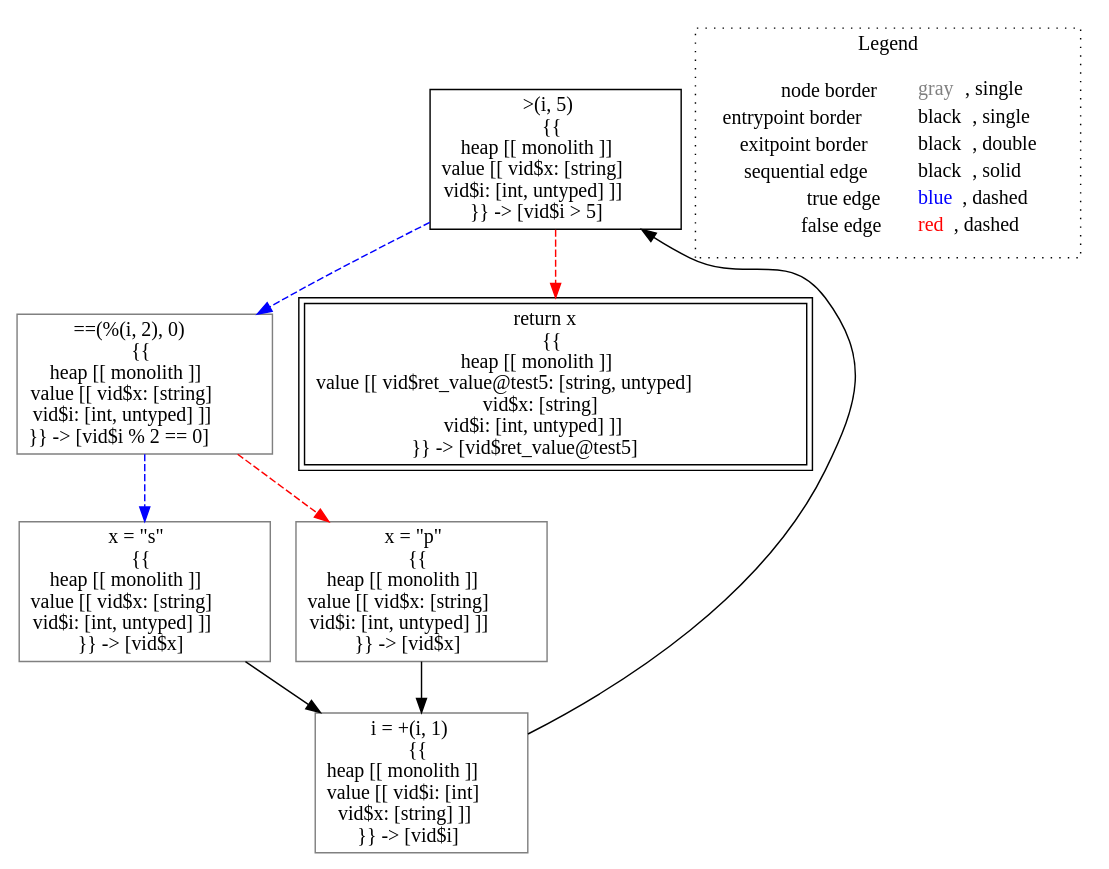
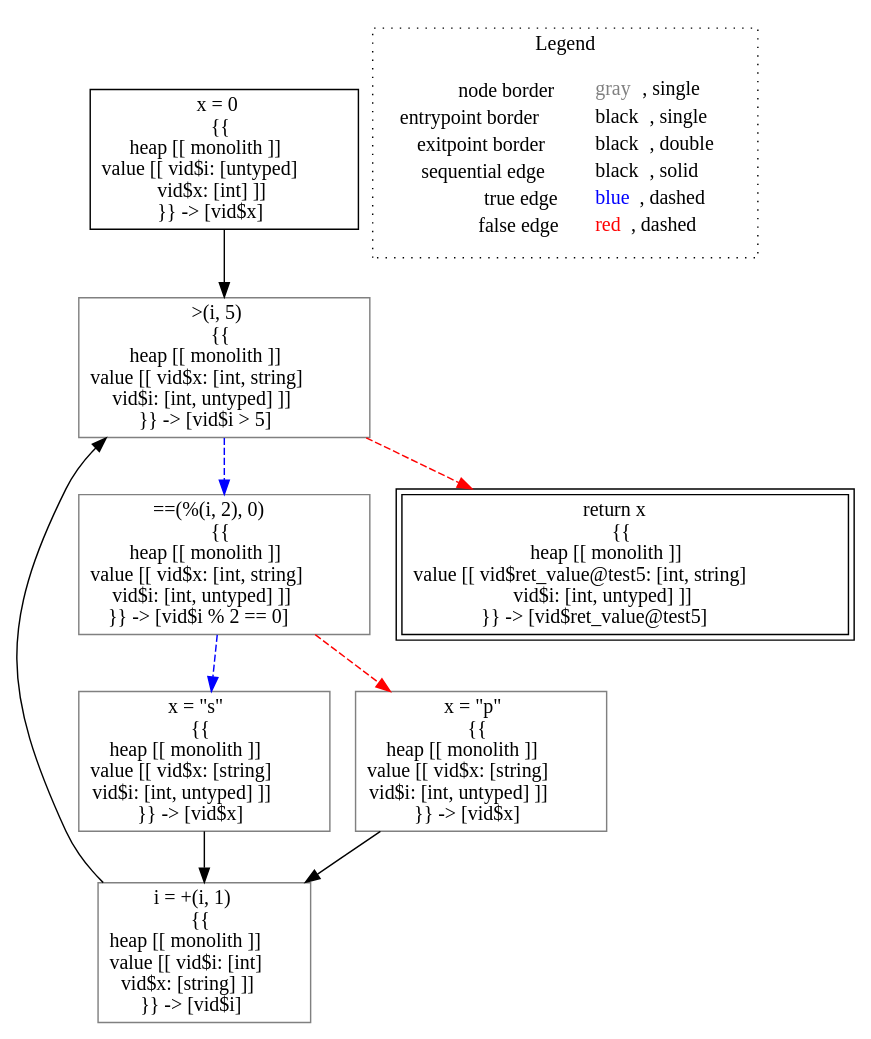
Before and after one commit to lisa-analyzer/lisa: the diagram in lisa/imp-testcases/type-inference/typing___untyped_typing.test5(untyped_i).dot, drawn with Graphviz. The commit also changed 57 other files, not shown here.

```diff
--- a/lisa/imp-testcases/type-inference/typing___untyped_typing.test5(untyped_i).dot
+++ b/lisa/imp-testcases/type-inference/typing___untyped_typing.test5(untyped_i).dot
@@ -1,22 +1,24 @@
 digraph {
-	"node0" [shape="rect",color="black",label=<&gt;(i, 5)<BR/>{{<BR/>heap [[ monolith ]]<BR/>value [[ vid$x: [string]<BR/>vid$i: [int, untyped] ]]<BR/>}} -&gt; [vid$i &gt; 5]>];
-	"node1" [shape="rect",color="gray",label=<==(%(i, 2), 0)<BR/>{{<BR/>heap [[ monolith ]]<BR/>value [[ vid$x: [string]<BR/>vid$i: [int, untyped] ]]<BR/>}} -&gt; [vid$i % 2 == 0]>];
+	"node0" [shape="rect",color="black",label=<x = 0<BR/>{{<BR/>heap [[ monolith ]]<BR/>value [[ vid$i: [untyped]<BR/>vid$x: [int] ]]<BR/>}} -&gt; [vid$x]>];
+	"node1" [shape="rect",color="gray",label=<==(%(i, 2), 0)<BR/>{{<BR/>heap [[ monolith ]]<BR/>value [[ vid$x: [int, string]<BR/>vid$i: [int, untyped] ]]<BR/>}} -&gt; [vid$i % 2 == 0]>];
 	"node2" [shape="rect",color="gray",label=<x = &quot;s&quot;<BR/>{{<BR/>heap [[ monolith ]]<BR/>value [[ vid$x: [string]<BR/>vid$i: [int, untyped] ]]<BR/>}} -&gt; [vid$x]>];
 	"node3" [shape="rect",color="gray",label=<x = &quot;p&quot;<BR/>{{<BR/>heap [[ monolith ]]<BR/>value [[ vid$x: [string]<BR/>vid$i: [int, untyped] ]]<BR/>}} -&gt; [vid$x]>];
-	"node4" [shape="rect",color="black",peripheries="2",label=<return x<BR/>{{<BR/>heap [[ monolith ]]<BR/>value [[ vid$ret_value@test5: [string, untyped]<BR/>vid$x: [string]<BR/>vid$i: [int, untyped] ]]<BR/>}} -&gt; [vid$ret_value@test5]>];
-	"node5" [shape="rect",color="gray",label=<i = +(i, 1)<BR/>{{<BR/>heap [[ monolith ]]<BR/>value [[ vid$i: [int]<BR/>vid$x: [string] ]]<BR/>}} -&gt; [vid$i]>];
+	"node4" [shape="rect",color="gray",label=<i = +(i, 1)<BR/>{{<BR/>heap [[ monolith ]]<BR/>value [[ vid$i: [int]<BR/>vid$x: [string] ]]<BR/>}} -&gt; [vid$i]>];
+	"node5" [shape="rect",color="black",peripheries="2",label=<return x<BR/>{{<BR/>heap [[ monolith ]]<BR/>value [[ vid$ret_value@test5: [int, string]<BR/>vid$i: [int, untyped] ]]<BR/>}} -&gt; [vid$ret_value@test5]>];
+	"node6" [shape="rect",color="gray",label=<&gt;(i, 5)<BR/>{{<BR/>heap [[ monolith ]]<BR/>value [[ vid$x: [int, string]<BR/>vid$i: [int, untyped] ]]<BR/>}} -&gt; [vid$i &gt; 5]>];
+	"node0" -> "node6" [color="black"];
 	"node1" -> "node2" [color="blue",style="dashed"];
 	"node1" -> "node3" [color="red",style="dashed"];
-	"node2" -> "node5" [color="black"];
-	"node3" -> "node5" [color="black"];
-	"node5" -> "node0" [color="black"];
-	"node0" -> "node1" [color="blue",style="dashed"];
-	"node0" -> "node4" [color="red",style="dashed"];
+	"node2" -> "node4" [color="black"];
+	"node3" -> "node4" [color="black"];
+	"node4" -> "node6" [color="black"];
+	"node6" -> "node1" [color="blue",style="dashed"];
+	"node6" -> "node5" [color="red",style="dashed"];
 subgraph cluster_legend {
 	label="Legend";
 	style=dotted;
 	node [shape=plaintext];
 	"legend" [label=<<table border="0" cellpadding="2" cellspacing="0" cellborder="0"><tr><td align="right">node border&nbsp;</td><td align="left"><font color="gray">gray</font>, single</td></tr><tr><td align="right">entrypoint border&nbsp;</td><td align="left"><font color="black">black</font>, single</td></tr><tr><td align="right">exitpoint border&nbsp;</td><td align="left"><font color="black">black</font>, double</td></tr><tr><td align="right">sequential edge&nbsp;</td><td align="left"><font color="black">black</font>, solid</td></tr><tr><td align="right">true edge&nbsp;</td><td align="left"><font color="blue">blue</font>, dashed</td></tr><tr><td align="right">false edge&nbsp;</td><td align="left"><font color="red">red</font>, dashed</td></tr></table>>];
 }
 
 }
```
